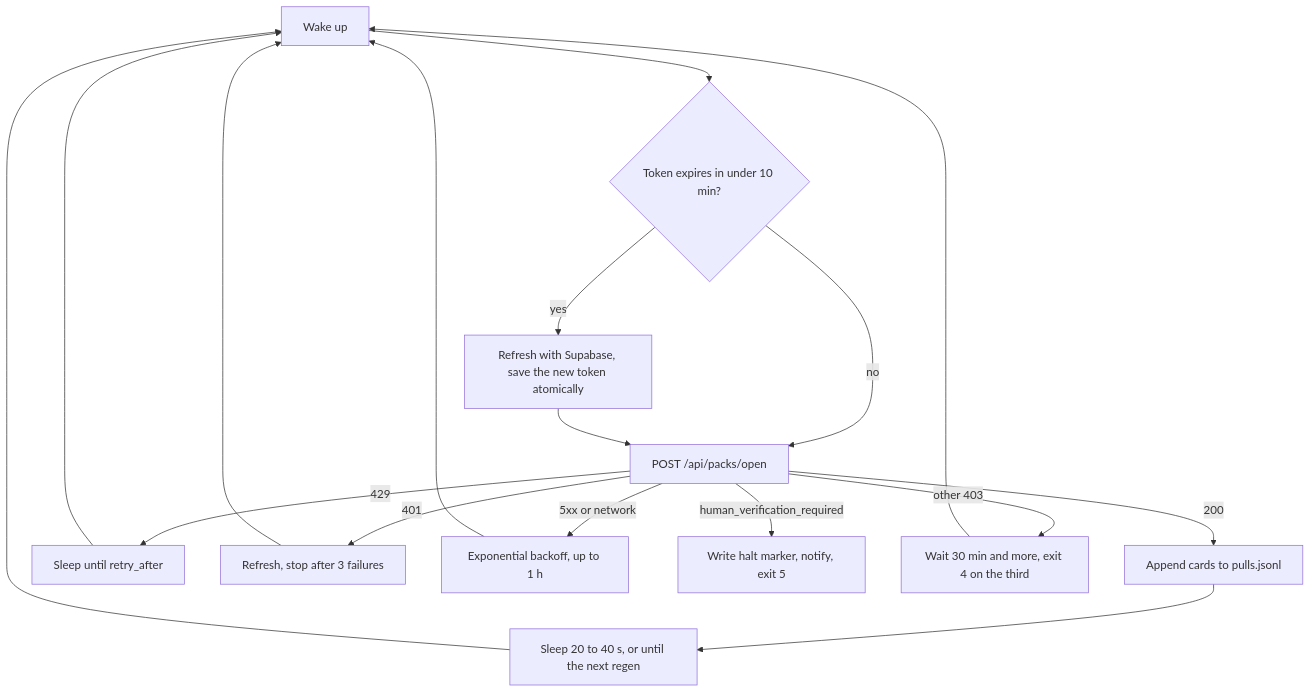
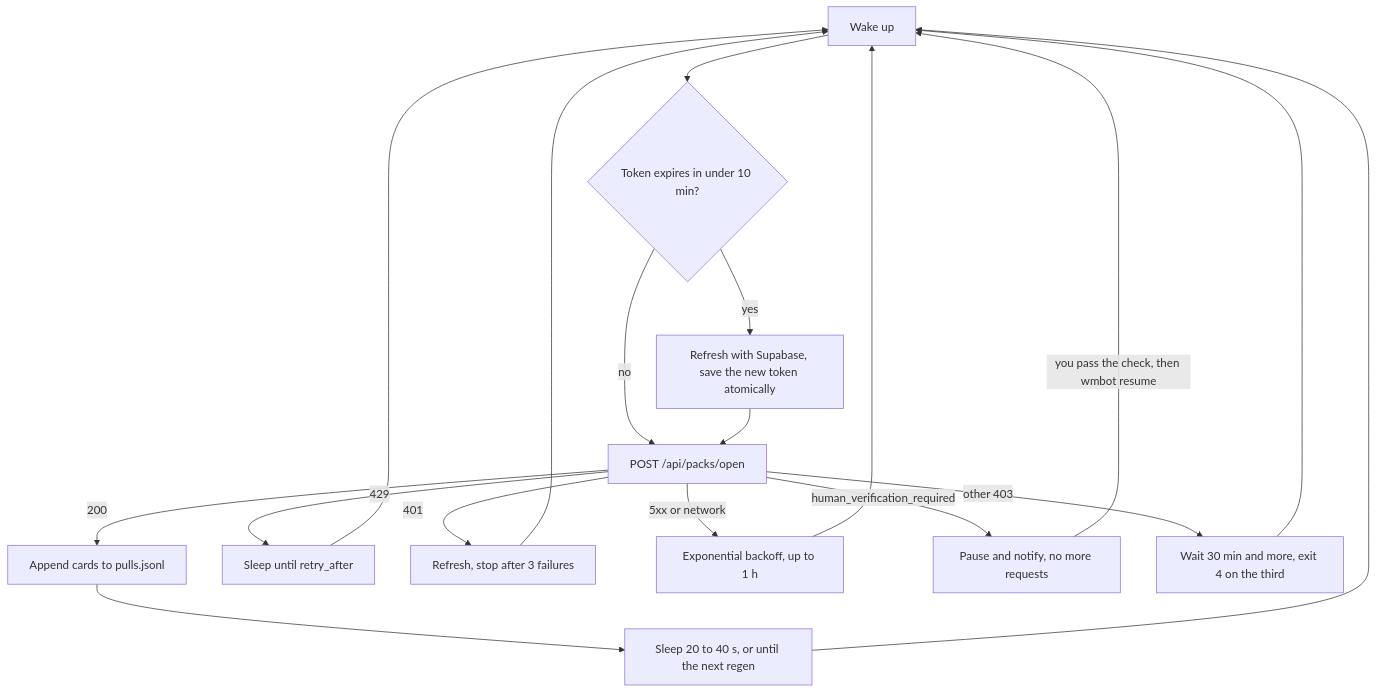
Before and after one commit to AirKyzzZ/wikimasters-bot: the diagram in README.md, drawn with Mermaid. The commit also changed other lines of this file and 7 other files, not shown here.

Commit message:
feat: pause on human verification until the user resumes

````diff
--- a/README.md
+++ b/README.md
@@ -27,19 +27,20 @@
 ```mermaid
 flowchart TD
     A[Wake up] --> B{Token expires in under 10 min?}
     B -- yes --> C[Refresh with Supabase, save the new token atomically]
     B -- no --> D[POST /api/packs/open]
     C --> D
     D -- 200 --> E[Append cards to pulls.jsonl]
     E --> F[Sleep 20 to 40 s, or until the next regen]
     D -- 429 --> G[Sleep until retry_after]
     D -- 401 --> H[Refresh, stop after 3 failures]
     D -- 5xx or network --> I[Exponential backoff, up to 1 h]
-    D -- human_verification_required --> J[Write halt marker, notify, exit 5]
+    D -- human_verification_required --> J[Pause and notify, no more requests]
+    J -- you pass the check, then wmbot resume --> A
     D -- other 403 --> K[Wait 30 min and more, exit 4 on the third]
     F --> A
     G --> A
     H --> A
     I --> A
     K --> A
 ```
````
